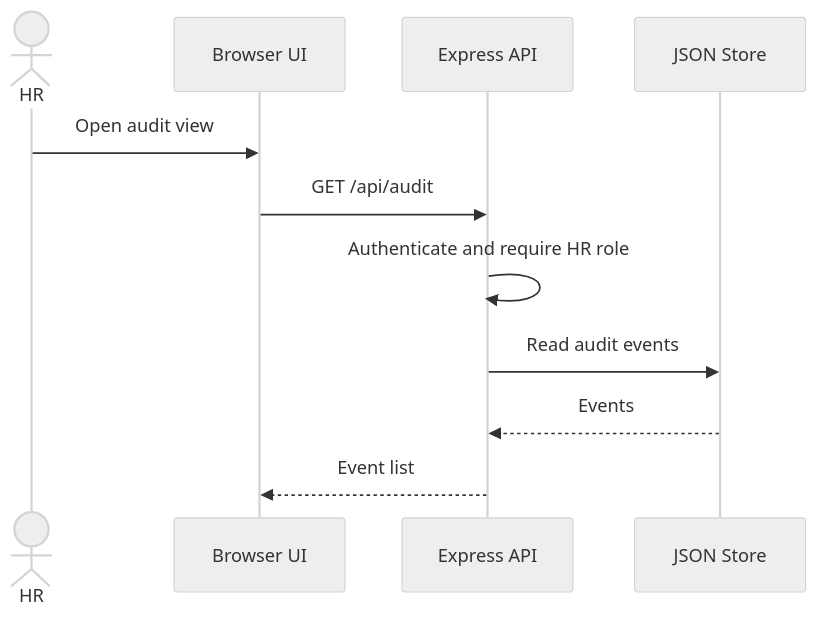
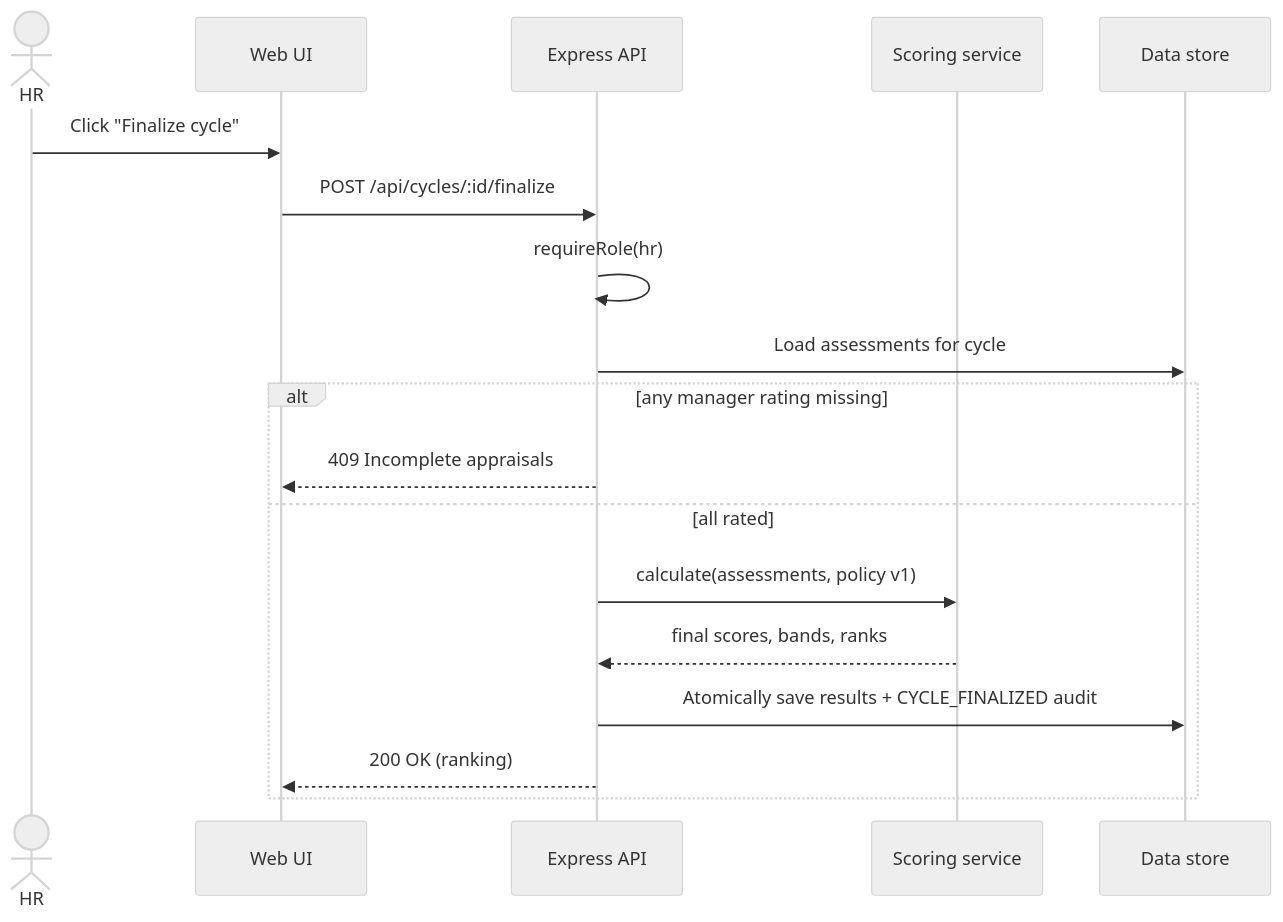
Before and after one commit to GSAIHEMANTH279/Automated-performance-appraisal-system: the third of 3 diagrams in SRS_SAD_TestPlan/SAD.md, drawn with Mermaid (neutral theme). The commit also changed other lines of this file and 15 other files, not shown here.

````diff
--- a/SRS_SAD_TestPlan/SAD.md
+++ b/SRS_SAD_TestPlan/SAD.md
@@ -138,13 +184,20 @@
 ```mermaid
 sequenceDiagram
- actor H as HR
- participant UI as Browser UI
- participant API as Express API
- participant Store as JSON Store
- H->>UI: Open audit view
- UI->>API: GET /api/audit
- API->>API: Authenticate and require HR role
- API->>Store: Read audit events
- Store-->>API: Events
- API-->>UI: Event list
+  actor H as HR
+  participant UI as Web UI
+  participant API as Express API
+  participant SC as Scoring service
+  participant S as Data store
+  H->>UI: Click "Finalize cycle"
+  UI->>API: POST /api/cycles/:id/finalize
+  API->>API: requireRole(hr)
+  API->>S: Load assessments for cycle
+  alt any manager rating missing
+    API-->>UI: 409 Incomplete appraisals
+  else all rated
+    API->>SC: calculate(assessments, policy v1)
+    SC-->>API: final scores, bands, ranks
+    API->>S: Atomically save results + CYCLE_FINALIZED audit
+    API-->>UI: 200 OK (ranking)
+  end
 ```
````
